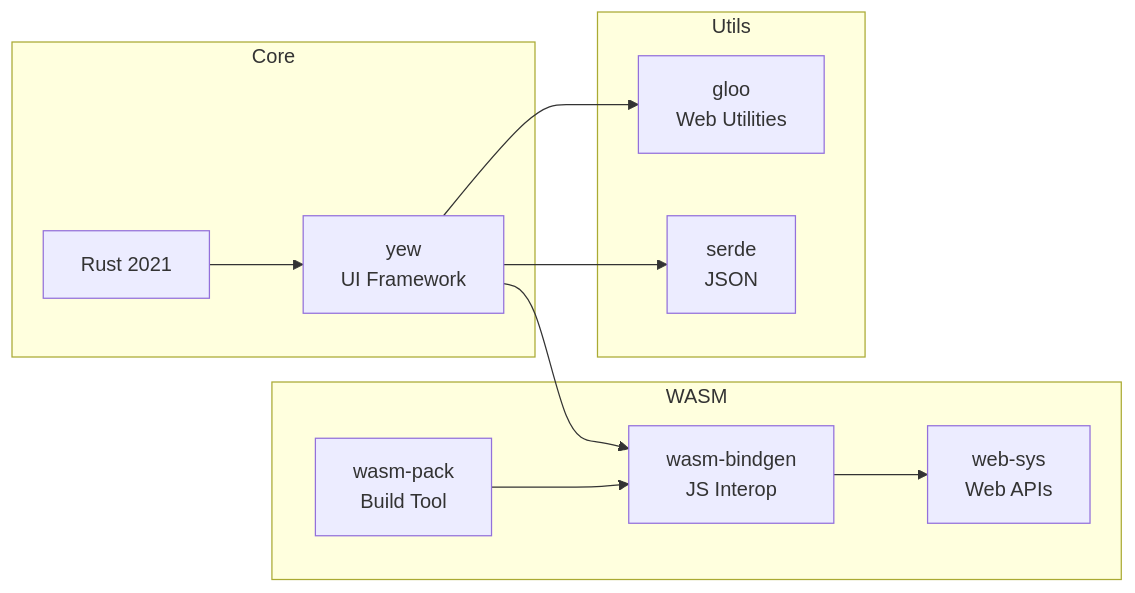
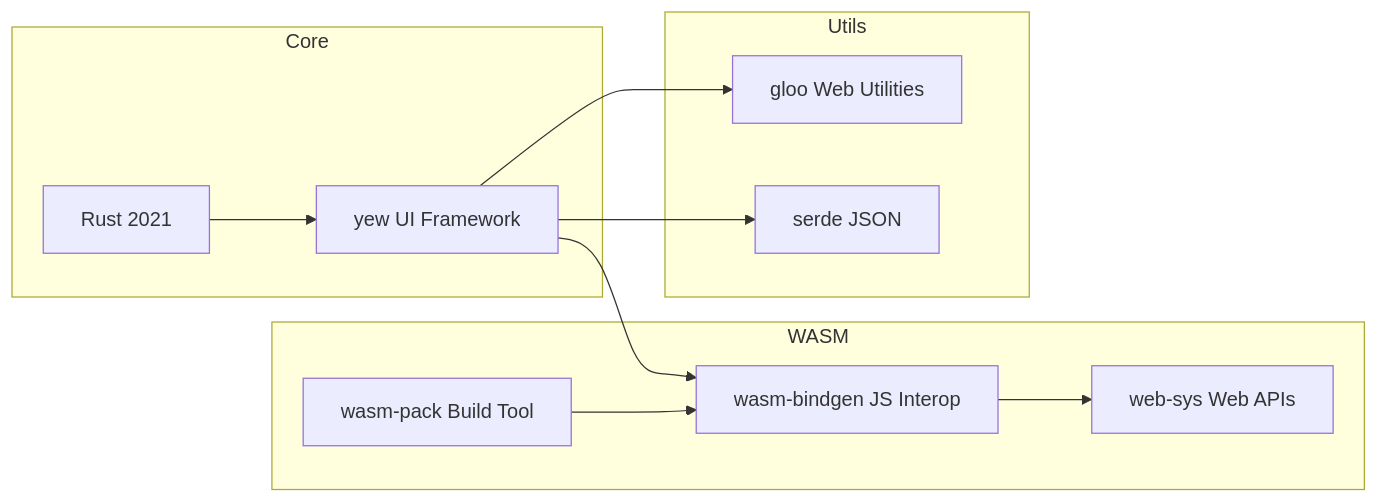
One commit to softwarewrighter/overall changed the ninth of 11 diagrams in wiki/Architecture-Overview.md. Above: the diagram before and after it, drawn with Mermaid. The commit also changed other lines of this file and 4 other files, not shown here.

First line of the commit message:
Fix wiki Mermaid diagrams: remove <br/> tags

````diff
--- a/wiki/Architecture-Overview.md
+++ b/wiki/Architecture-Overview.md
@@ -404,26 +404,26 @@
 ```mermaid
 graph LR
     subgraph "Core"
         Rust2[Rust 2021]
-        Yew[yew<br/>UI Framework]
+        Yew[yew UI Framework]
     end
 
     subgraph "WASM"
-        WasmPack[wasm-pack<br/>Build Tool]
-        WasmBindgen[wasm-bindgen<br/>JS Interop]
-        WebSys[web-sys<br/>Web APIs]
+        WasmPack[wasm-pack Build Tool]
+        WasmBindgen[wasm-bindgen JS Interop]
+        WebSys[web-sys Web APIs]
     end
 
     subgraph "Utils"
-        Gloo[gloo<br/>Web Utilities]
-        Serde2[serde<br/>JSON]
+        Gloo[gloo Web Utilities]
+        Serde2[serde JSON]
     end
 
     Rust2 --> Yew
     Yew --> WasmBindgen
     WasmBindgen --> WebSys
     Yew --> Gloo
     Yew --> Serde2
 
     WasmPack --> WasmBindgen
 ```
````
